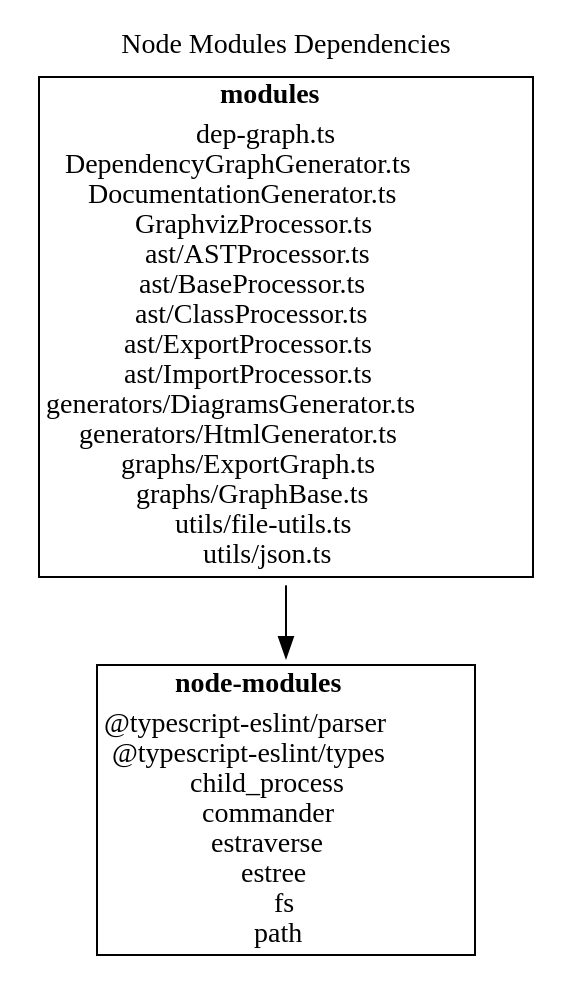
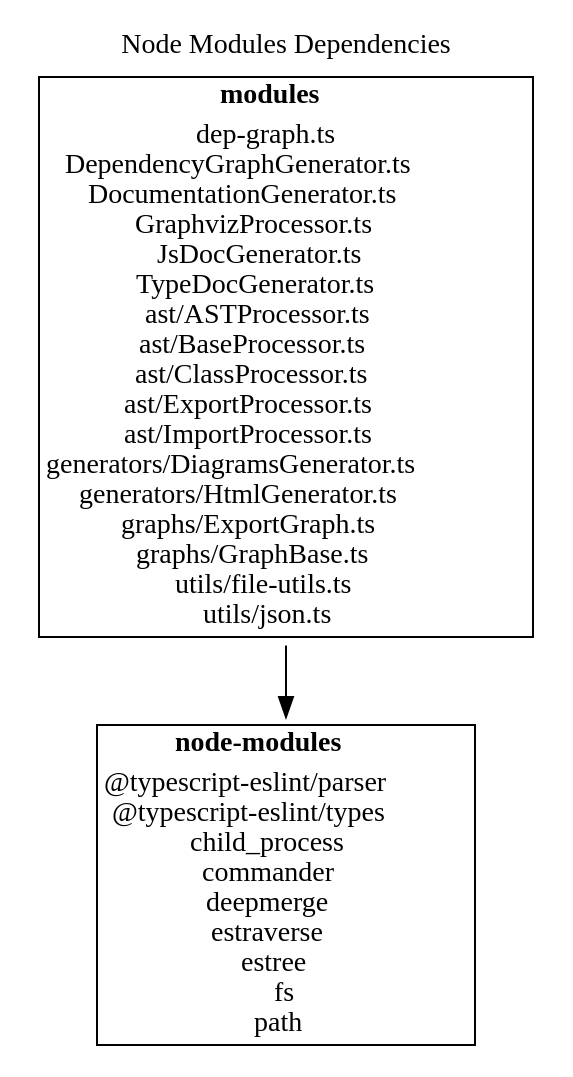
One commit to fleebe/GitHubPages changed the diagram in dep-graph-ts/NodeModules.dot. Above: the diagram before and after it, drawn with Graphviz. The commit also changed 105 other files, not shown here.

Commit message:
Update docs for dep-graph-ts from fleebe/dep-graph-ts workflow

```diff
--- a/dep-graph-ts/NodeModules.dot
+++ b/dep-graph-ts/NodeModules.dot
@@ -1,37 +1,40 @@
 digraph {label="Node Modules Dependencies";
 labelloc="t";
 "node-modules" [shape=none, label=<<TABLE cellspacing="0" cellborder="0" align="left">
 <TR><TD><B>node-modules</B></TD></TR>
 <TR><TD align="left">
 @typescript-eslint/parser<BR/>
 @typescript-eslint/types<BR/>
 child_process<BR/>
 commander<BR/>
+deepmerge<BR/>
 estraverse<BR/>
 estree<BR/>
 fs<BR/>
 path<BR/>
 </TD></TR>
 </TABLE>>];
 "modules" [shape=none, label=<<TABLE cellspacing="0" cellborder="0" align="left">
 <TR><TD><B>modules</B></TD></TR>
 <TR><TD align="left">
 dep-graph.ts<BR/>
 DependencyGraphGenerator.ts<BR/>
 DocumentationGenerator.ts<BR/>
 GraphvizProcessor.ts<BR/>
+JsDocGenerator.ts<BR/>
+TypeDocGenerator.ts<BR/>
 ast/ASTProcessor.ts<BR/>
 ast/BaseProcessor.ts<BR/>
 ast/ClassProcessor.ts<BR/>
 ast/ExportProcessor.ts<BR/>
 ast/ImportProcessor.ts<BR/>
 generators/DiagramsGenerator.ts<BR/>
 generators/HtmlGenerator.ts<BR/>
 graphs/ExportGraph.ts<BR/>
 graphs/GraphBase.ts<BR/>
 utils/file-utils.ts<BR/>
 utils/json.ts<BR/>
 </TD></TR>
 </TABLE>>];
 "modules"->"node-modules";
 }
```
